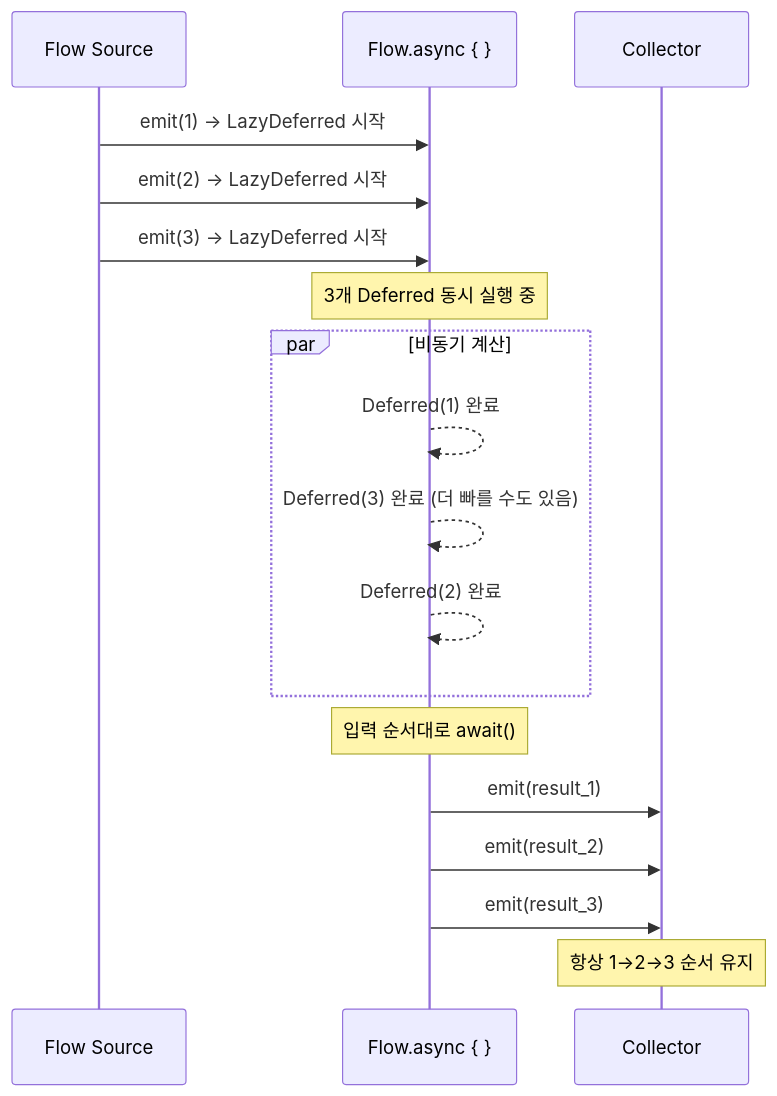
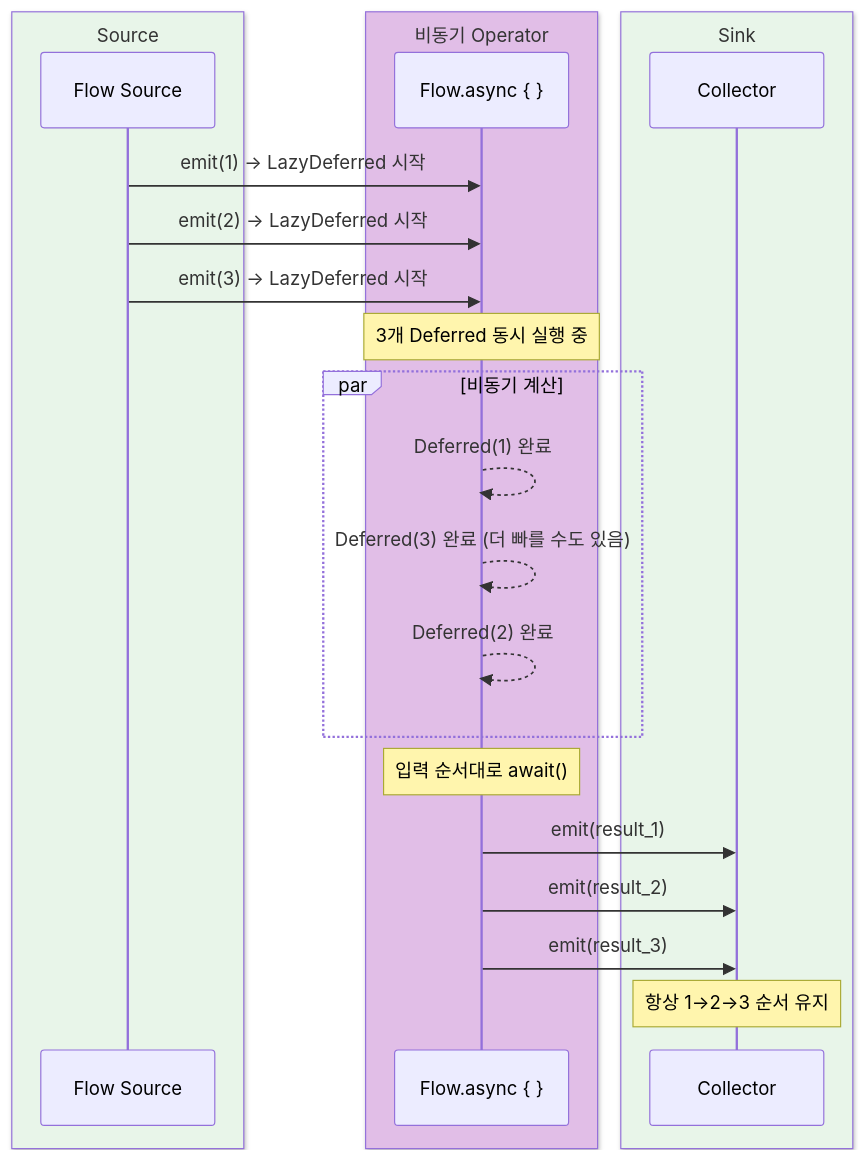
One commit to bluetape4k/bluetape4k-projects changed diagram 16 of 16 in bluetape4k/coroutines/README.ko.md. Above: the diagram before and after it, drawn with Mermaid. The commit also changed other lines of this file and 221 other files, not shown here.

First line of the commit message:
docs: 전체 모듈 README UML 다이어그램 보강 및 색상 업그레이드

````diff
--- a/bluetape4k/coroutines/README.ko.md
+++ b/bluetape4k/coroutines/README.ko.md
@@ -613,20 +722,26 @@
 ```mermaid
 sequenceDiagram
-    participant S as Flow Source
-    participant AF as Flow.async { }
-    participant R as Collector
+    box rgb(232, 245, 233) Source
+        participant S as Flow Source
+    end
+    box rgb(225, 190, 231) 비동기 Operator
+        participant AF as Flow.async { }
+    end
+    box rgb(232, 245, 233) Sink
+        participant R as Collector
+    end
     S ->> AF: emit(1) → LazyDeferred 시작
     S ->> AF: emit(2) → LazyDeferred 시작
     S ->> AF: emit(3) → LazyDeferred 시작
     Note over AF: 3개 Deferred 동시 실행 중
     par 비동기 계산
         AF -->> AF: Deferred(1) 완료
         AF -->> AF: Deferred(3) 완료 (더 빠를 수도 있음)
         AF -->> AF: Deferred(2) 완료
     end
     Note over AF: 입력 순서대로 await()
     AF ->> R: emit(result_1)
     AF ->> R: emit(result_2)
     AF ->> R: emit(result_3)
     Note over R: 항상 1→2→3 순서 유지
 ```
````
